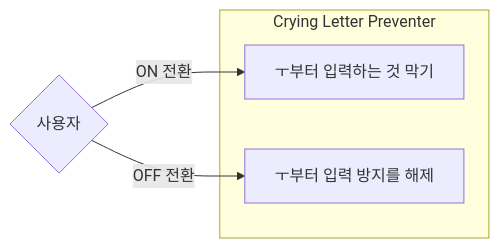
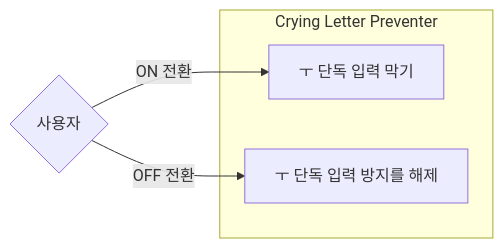
One commit to sarifor/crying-letter-preventer changed the diagram in docs/2. 설계/2.2 소프트웨어 설계/2.2.2 내부 설계/비즈니스 로직 프로그램 설계/유스케이스 다이어그램.md. Above: the diagram before and after it, drawn with Mermaid. The commit also changed 4 other files, not shown here.

````diff
--- a/docs/2. 설계/2.2 소프트웨어 설계/2.2.2 내부 설계/비즈니스 로직 프로그램 설계/유스케이스 다이어그램.md
+++ b/docs/2. 설계/2.2 소프트웨어 설계/2.2.2 내부 설계/비즈니스 로직 프로그램 설계/유스케이스 다이어그램.md
@@ -3,14 +3,14 @@
 ```mermaid
 flowchart LR
 
 A{사용자}
 
-A --"ON 전환"--> B[ㅜ부터 입력하는 것 막기]
-A --"OFF 전환"--> C[ㅜ부터 입력 방지를 해제]
+A --"ON 전환"--> B[ㅜ 단독 입력 막기]
+A --"OFF 전환"--> C[ㅜ 단독 입력 방지를 해제]
 
 subgraph Crying Letter Preventer
   B
   C
 end
 
 ```
````
